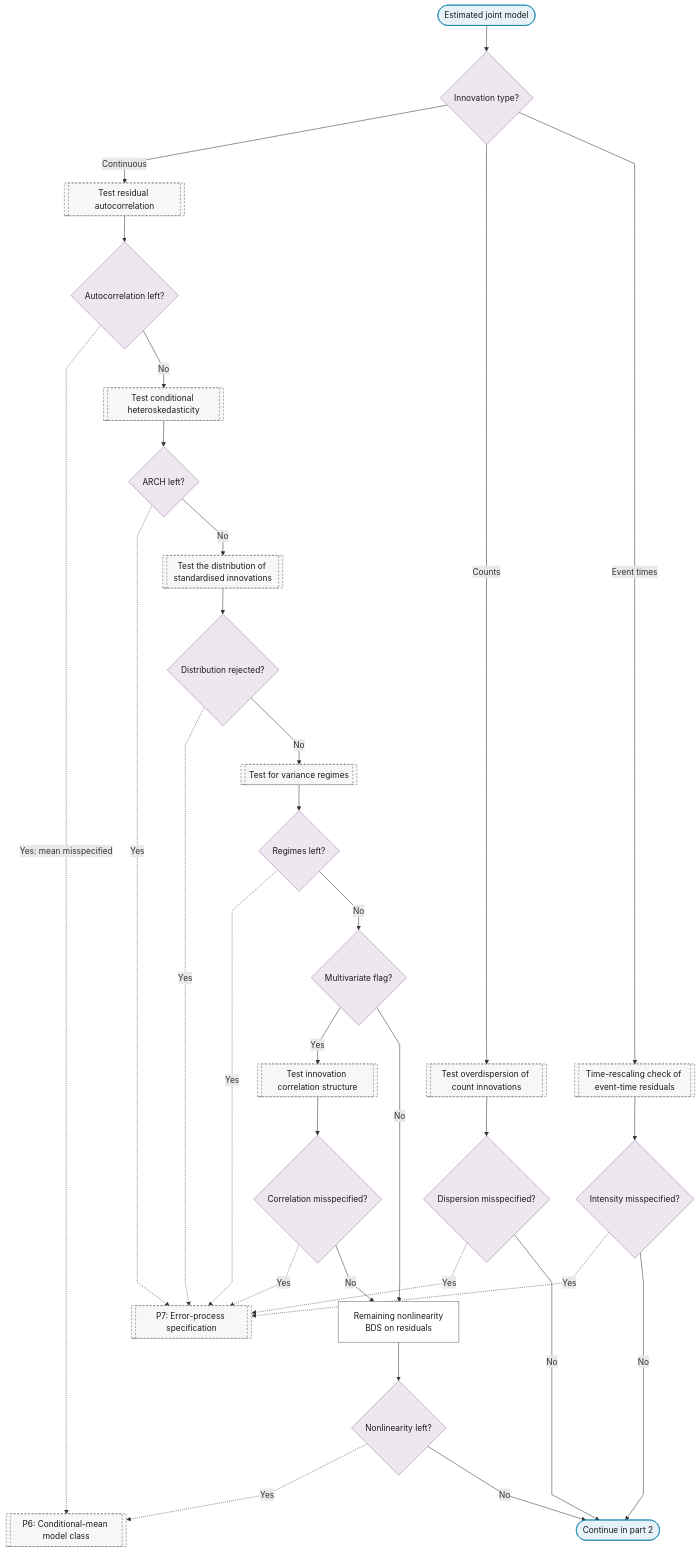
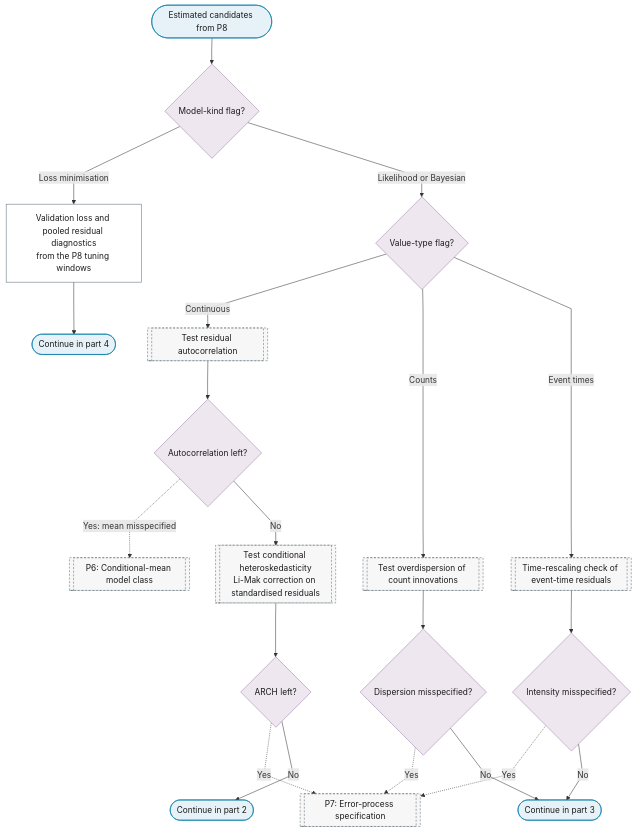
Before and after one commit to Shuxin-Y/time-series-analysis-manual: the first of 4 diagrams in docs/01-workflow/p09-in-sample-diagnostics.md, drawn with Mermaid. The commit also changed other lines of this file and 8 other files, not shown here.

````diff
--- a/docs/01-workflow/p09-in-sample-diagnostics.md
+++ b/docs/01-workflow/p09-in-sample-diagnostics.md
@@ -11,46 +13,35 @@
 ```mermaid
 %%{init: {"flowchart": {"curve": "linear"}}}%%
 graph TD
-    P9_IN(["Estimated joint model"]) --> P9_TYPE{"Innovation type?"}
+    P9_IN(["Estimated candidates from P8"]) --> P9_KIND{"Model-kind flag?"}
+    P9_KIND -->|"Loss minimisation"| P9_LEARNER_DIAGNOSTICS["Validation loss and pooled residual diagnostics<br/>from the P8 tuning windows"]
+    P9_KIND -->|"Likelihood or Bayesian"| P9_TYPE{"Value-type flag?"}
+    P9_LEARNER_DIAGNOSTICS --> P9_LEARNER_TO_PART_4(["Continue in part 4"])
     P9_TYPE -->|"Continuous"| P7_MEAN_TESTS[["Test residual autocorrelation"]]
     P9_TYPE -->|"Counts"| P7_COUNT_TESTS[["Test overdispersion of count innovations"]]
     P9_TYPE -->|"Event times"| P7_RESCALING[["Time-rescaling check of event-time residuals"]]
     P7_MEAN_TESTS --> P9_AC{"Autocorrelation left?"}
     P9_AC -.->|"Yes: mean misspecified"| P6[["P6: Conditional-mean model class"]]
-    P9_AC -->|"No"| P7_VAR_TESTS[["Test conditional heteroskedasticity"]]
+    P9_AC -->|"No"| P7_VAR_TESTS[["Test conditional heteroskedasticity<br/>Li-Mak correction on standardised residuals"]]
     P7_VAR_TESTS --> P9_ARCH{"ARCH left?"}
     P9_ARCH -.->|"Yes"| P7[["P7: Error-process specification"]]
-    P9_ARCH -->|"No"| P7_DIST_TESTS[["Test the distribution of standardised innovations"]]
-    P7_DIST_TESTS --> P9_DIST{"Distribution rejected?"}
-    P9_DIST -.->|"Yes"| P7
-    P9_DIST -->|"No"| P7_REGIME_TESTS[["Test for variance regimes"]]
-    P7_REGIME_TESTS --> P9_REGIME{"Regimes left?"}
-    P9_REGIME -.->|"Yes"| P7
-    P9_REGIME -->|"No"| P9_MULTI{"Multivariate flag?"}
-    P9_MULTI -->|"Yes"| P7_CORR_TESTS[["Test innovation correlation structure"]]
-    P9_MULTI -->|"No"| P9_RESIDUAL_NONLINEARITY
-    P7_CORR_TESTS --> P9_CORR{"Correlation misspecified?"}
-    P9_CORR -.->|"Yes"| P7
-    P9_CORR -->|"No"| P9_RESIDUAL_NONLINEARITY["Remaining nonlinearity<br/>BDS on residuals"]
-    P9_RESIDUAL_NONLINEARITY --> P9_NONLINEAR{"Nonlinearity left?"}
-    P9_NONLINEAR -.->|"Yes"| P6
-    P9_NONLINEAR -->|"No"| P9_TO_PART_2
+    P9_ARCH -->|"No"| P9_TO_PART_2(["Continue in part 2"])
     P7_COUNT_TESTS --> P9_COUNT{"Dispersion misspecified?"}
     P9_COUNT -.->|"Yes"| P7
-    P9_COUNT -->|"No"| P9_TO_PART_2
+    P9_COUNT -->|"No"| P9_COUNTS_TO_PART_3
     P7_RESCALING --> P9_INTENSITY{"Intensity misspecified?"}
     P9_INTENSITY -.->|"Yes"| P7
-    P9_INTENSITY -->|"No"| P9_TO_PART_2(["Continue in part 2"])
-    class P9_IN,P9_TO_PART_2 terminator
-    class P9_TYPE,P9_AC,P9_ARCH,P9_DIST,P9_REGIME,P9_MULTI,P9_CORR,P9_NONLINEAR,P9_COUNT,P9_INTENSITY decision
-    class P9_RESIDUAL_NONLINEARITY process
-    class P7_MEAN_TESTS,P7_COUNT_TESTS,P7_RESCALING,P6,P7_VAR_TESTS,P7,P7_DIST_TESTS,P7_REGIME_TESTS,P7_CORR_TESTS ref
+    P9_INTENSITY -->|"No"| P9_COUNTS_TO_PART_3(["Continue in part 3"])
+    class P9_IN,P9_LEARNER_TO_PART_4,P9_TO_PART_2,P9_COUNTS_TO_PART_3 terminator
+    class P9_KIND,P9_TYPE,P9_AC,P9_ARCH,P9_COUNT,P9_INTENSITY decision
+    class P9_LEARNER_DIAGNOSTICS process
+    class P7_MEAN_TESTS,P7_COUNT_TESTS,P7_RESCALING,P6,P7_VAR_TESTS,P7 ref
     classDef terminator fill:#E6F2F7,stroke:#007BA7,color:#1A1A1A;
     classDef process fill:#FFFFFF,stroke:#5A6B73,color:#1A1A1A;
     classDef decision fill:#EFE7F0,stroke:#9B7FA7,color:#1A1A1A;
     classDef data fill:#FFF4E0,stroke:#C9A55E,color:#1A1A1A;
     classDef good fill:#DCEFD8,stroke:#4A7A3F,color:#1A1A1A;
     classDef escalate fill:#FFE9C2,stroke:#C9A55E,color:#1A1A1A;
     classDef problem fill:#F2D9DE,stroke:#800020,color:#1A1A1A;
     classDef ref fill:#F7F7F7,stroke:#5A6B73,color:#1A1A1A,stroke-dasharray:4 3;
 ```
````
